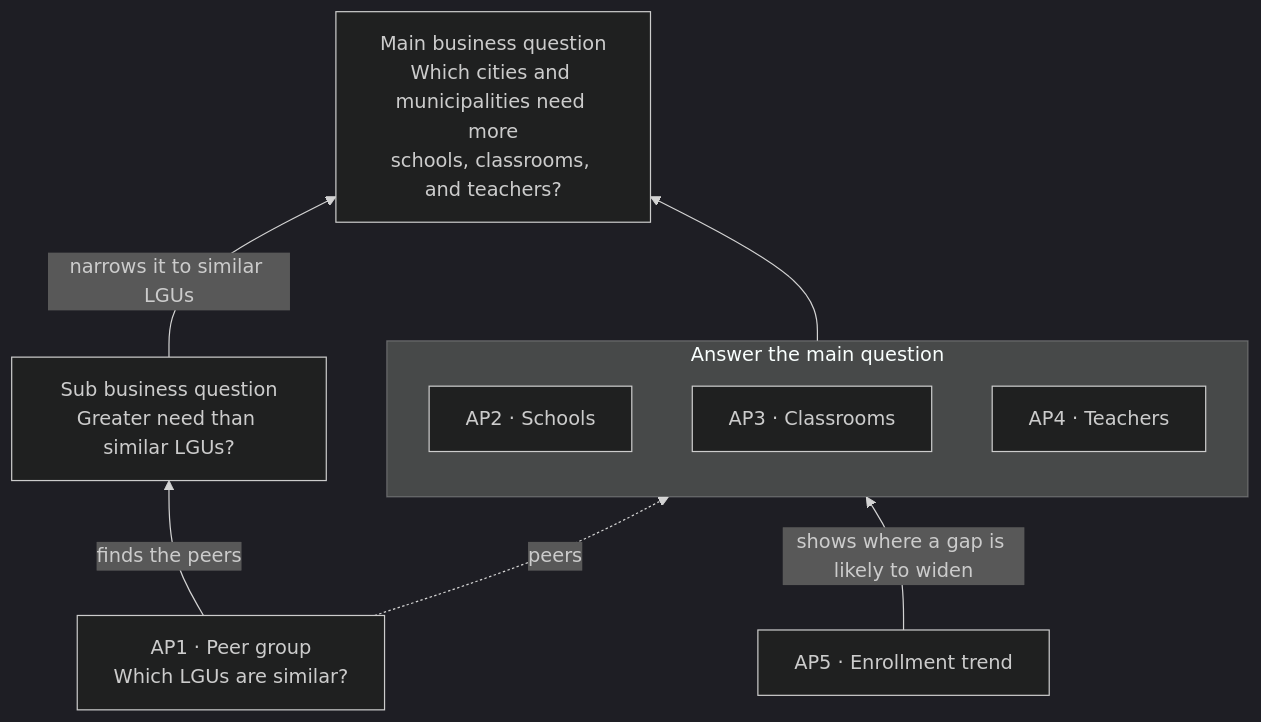
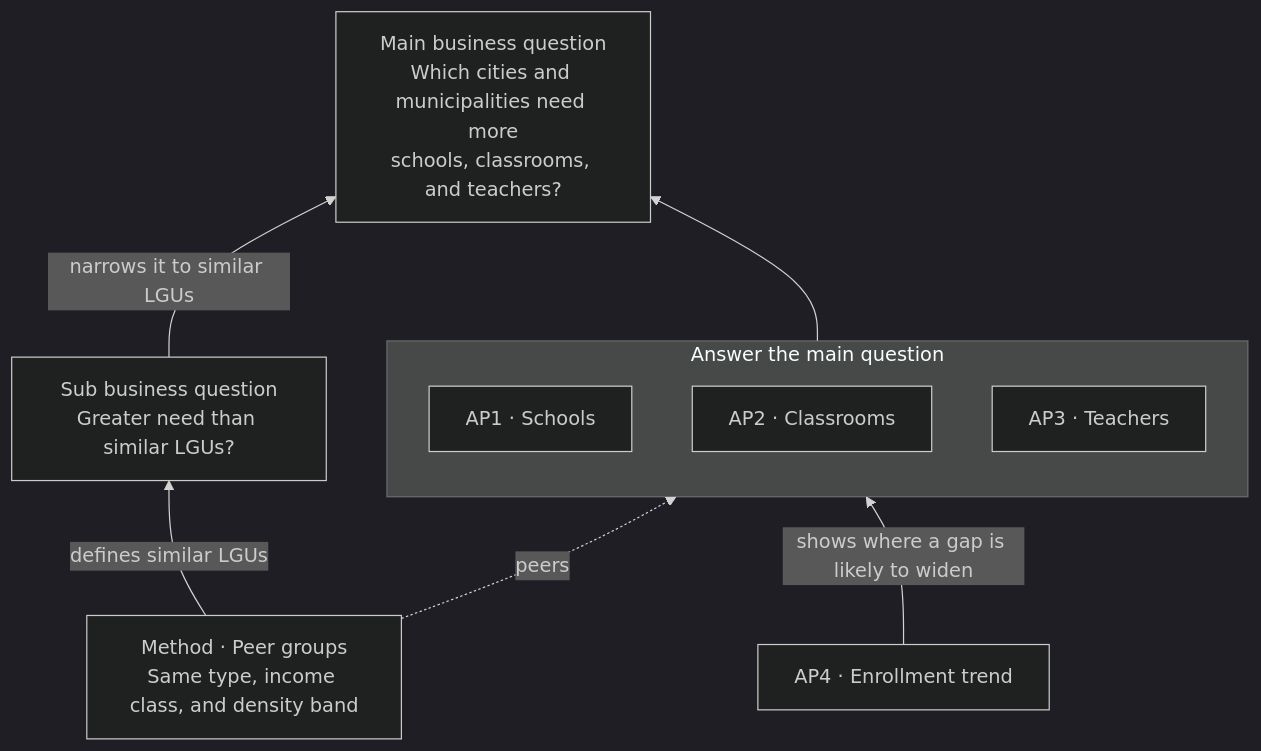
One commit to reached-hq/edu-access-intelligence changed the diagram in docs/business/business-analytics-problem.md. Above: the diagram before and after it, drawn with Mermaid (dark theme). The commit also changed other lines of this file, not shown here.

First line of the commit message:
Make peer groups the method under the sub question and renumber the APs

````diff
--- a/docs/business/business-analytics-problem.md
+++ b/docs/business/business-analytics-problem.md
@@ -37,13 +41,13 @@
 ```mermaid
 flowchart BT
-    AP1["AP1 · Peer group<br/>Which LGUs are similar?"] -->|finds the peers| SUB["Sub business question<br/>Greater need than similar LGUs?"]
+    METHOD["Method · Peer groups<br/>Same type, income class, and density band"] -->|defines similar LGUs| SUB["Sub business question<br/>Greater need than similar LGUs?"]
     SUB -->|narrows it to similar LGUs| MAIN["Main business question<br/>Which cities and municipalities need more<br/>schools, classrooms, and teachers?"]
     subgraph ANSWER["Answer the main question"]
-        AP2["AP2 · Schools"]
-        AP3["AP3 · Classrooms"]
-        AP4["AP4 · Teachers"]
+        AP1["AP1 · Schools"]
+        AP2["AP2 · Classrooms"]
+        AP3["AP3 · Teachers"]
     end
     ANSWER --> MAIN
-    AP5["AP5 · Enrollment trend"] -->|shows where a gap is likely to widen| ANSWER
-    AP1 -.->|peers| ANSWER
+    AP4["AP4 · Enrollment trend"] -->|shows where a gap is likely to widen| ANSWER
+    METHOD -.->|peers| ANSWER
 ```
````
